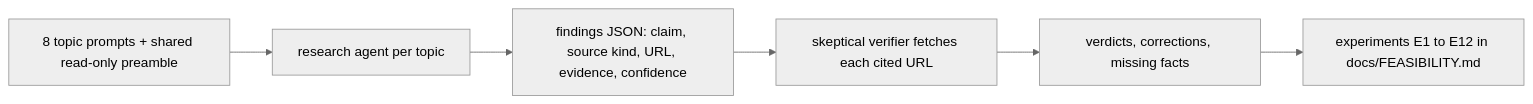
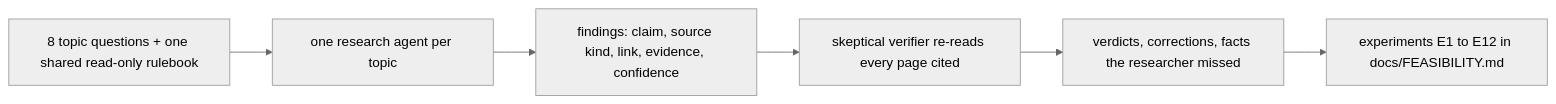
Before and after one commit to AlexToumayan/quietdesk: the diagram in docs/evidence/research.md, drawn with Mermaid (neutral theme). The commit also changed other lines of this file and 22 other files, not shown here.

````diff
--- a/docs/evidence/research.md
+++ b/docs/evidence/research.md
@@ -32,8 +38,8 @@
 ```mermaid
 flowchart LR
-  T["8 topic prompts + shared read-only preamble"] --> R["research agent per topic"]
-  R --> F["findings JSON: claim, source kind, URL, evidence, confidence"]
-  F --> V["skeptical verifier fetches each cited URL"]
-  V --> O["verdicts, corrections, missing facts"]
+  T["8 topic questions + one shared read-only rulebook"] --> R["one research agent per topic"]
+  R --> F["findings: claim, source kind, link, evidence, confidence"]
+  F --> V["skeptical verifier re-reads every page cited"]
+  V --> O["verdicts, corrections, facts the researcher missed"]
   O --> E["experiments E1 to E12 in docs/FEASIBILITY.md"]
 ```
````
